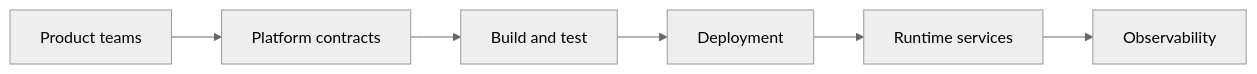
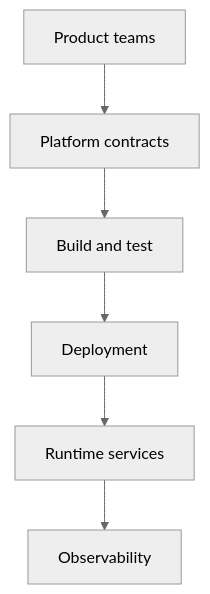
The diagram in README.md (J0UH/developer-platform-delivery), drawn with Mermaid (neutral theme) before and after one commit.

Commit message:
docs: build visual project portfolio

````diff
--- a/README.md
+++ b/README.md
@@ -26,14 +26,14 @@
 ```mermaid
-flowchart LR
+flowchart TD
     n0["Product teams"]
     n1["Platform contracts"]
     n2["Build and test"]
     n3["Deployment"]
     n4["Runtime services"]
     n5["Observability"]
     n0 --> n1
     n1 --> n2
     n2 --> n3
     n3 --> n4
     n4 --> n5
 ```
````
